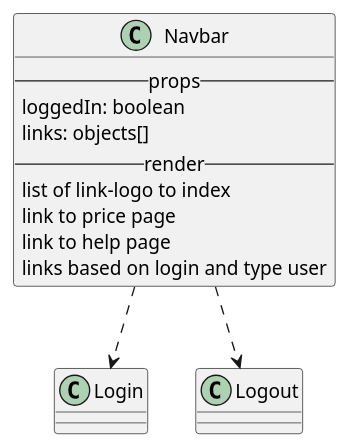
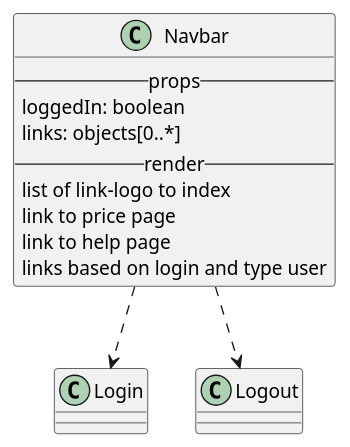
Before and after one commit to M9k/Marvin-Uml: the diagram in react/custom/navbar.iuml, drawn with PlantUML. The commit also changed 4 other files, not shown here.

```diff
--- a/react/custom/navbar.iuml
+++ b/react/custom/navbar.iuml
@@ -1,13 +1,13 @@
 class Navbar{
   --props--
     loggedIn: boolean
-    links: objects[]
+    links: objects[0..*]
   --render--
     list of link-logo to index
     link to price page
     link to help page
     links based on login and type user
 }
 
 Navbar ..> Login
 Navbar ..> Logout
```
